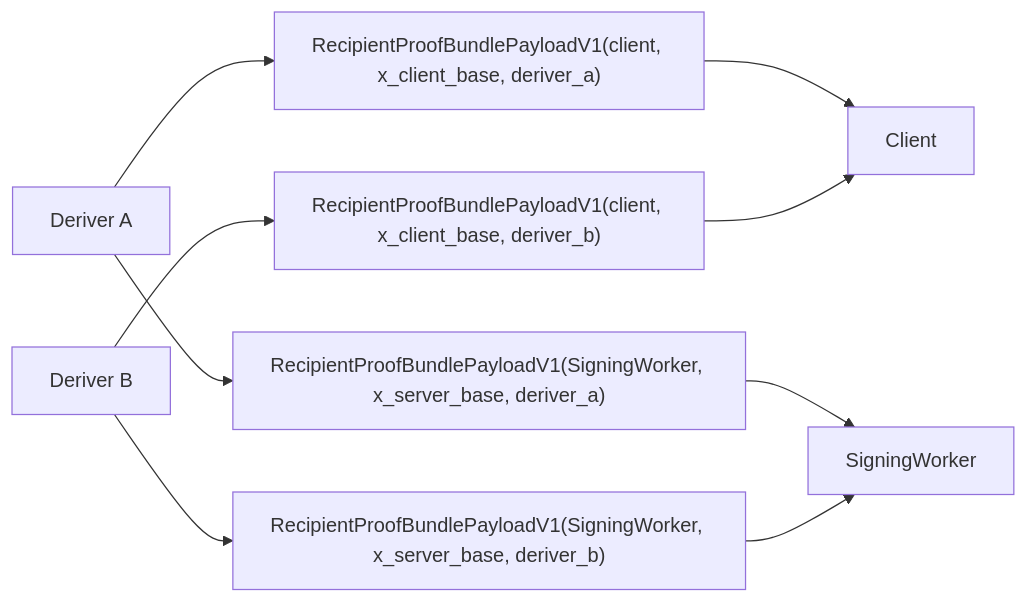
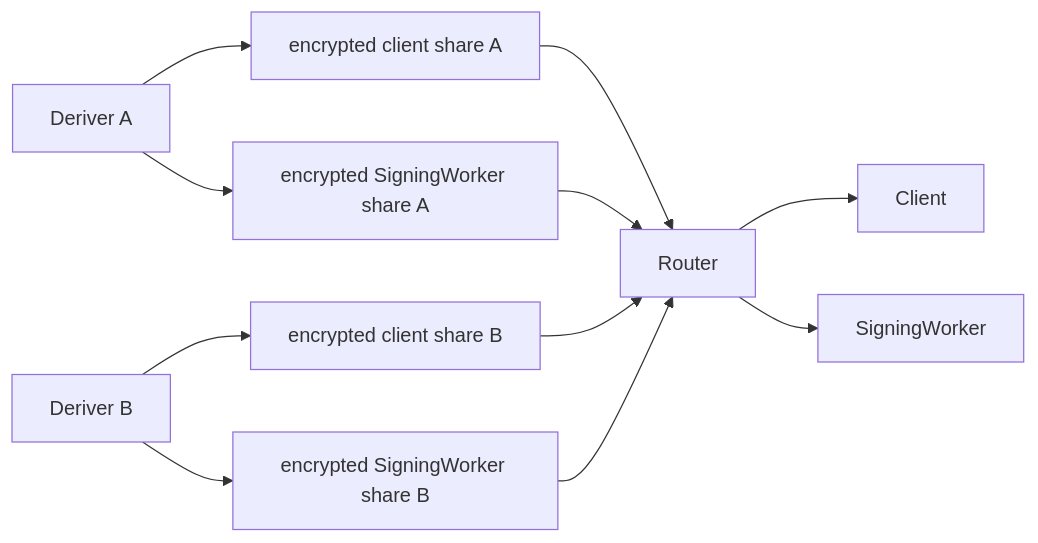
Before and after one commit to seams-tech/seams-sdk: diagram 13 of 22 in docs/router-a-b-SPEC.md, drawn with Mermaid. The commit also changed other lines of this file and 48 other files, not shown here.

````diff
--- a/docs/router-a-b-SPEC.md
+++ b/docs/router-a-b-SPEC.md
@@ -633,11 +667,13 @@
 ```mermaid
 flowchart LR
-  A["Deriver A"] --> AC["RecipientProofBundlePayloadV1(client, x_client_base, deriver_a)"]
-  B["Deriver B"] --> BC["RecipientProofBundlePayloadV1(client, x_client_base, deriver_b)"]
-  A --> AS["RecipientProofBundlePayloadV1(SigningWorker, x_server_base, deriver_a)"]
-  B --> BS["RecipientProofBundlePayloadV1(SigningWorker, x_server_base, deriver_b)"]
-  AC --> C["Client"]
-  BC --> C
-  AS --> SW["SigningWorker"]
-  BS --> SW
+  A["Deriver A"] --> AC["encrypted client share A"]
+  B["Deriver B"] --> BC["encrypted client share B"]
+  A --> AS["encrypted SigningWorker share A"]
+  B --> BS["encrypted SigningWorker share B"]
+  AC --> R["Router"]
+  BC --> R
+  AS --> R
+  BS --> R
+  R --> C["Client"]
+  R --> SW["SigningWorker"]
 ```
````
